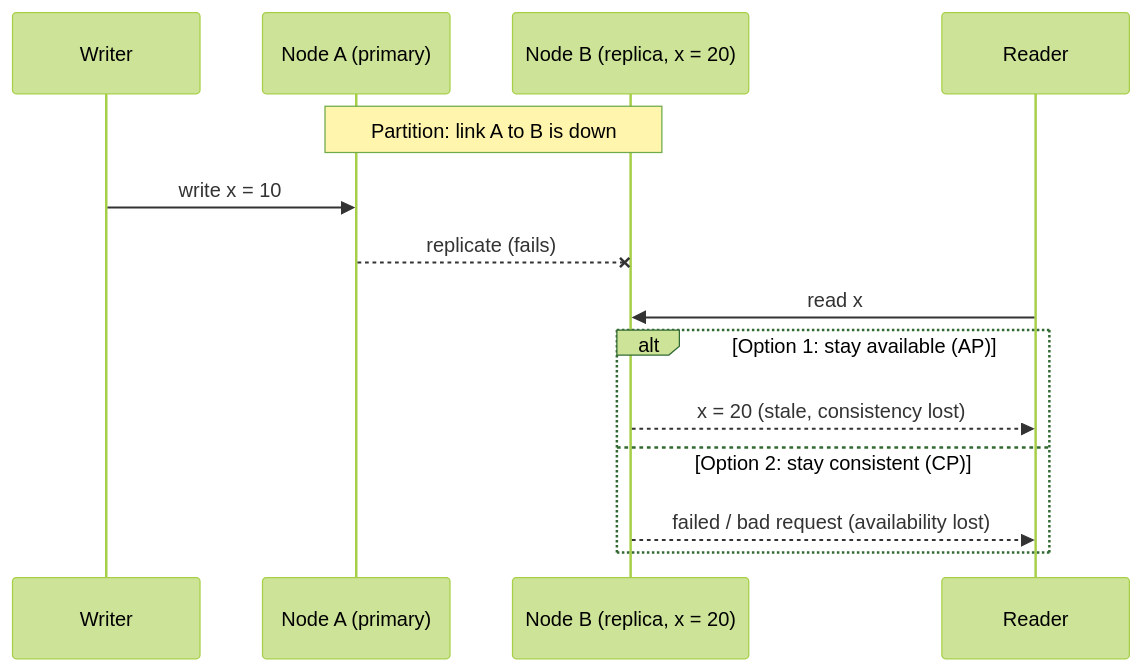
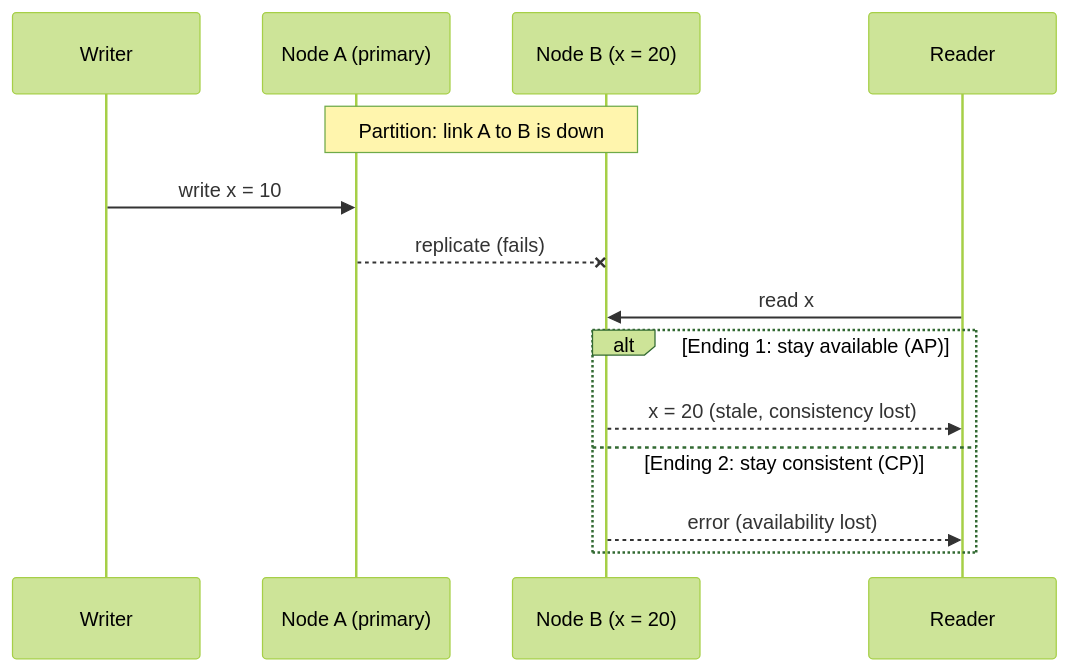
The third of 8 diagrams in dbms/20-cap-theorem.md (aaryan-pradhan/core-cs-fundamentals), drawn with Mermaid (forest theme) before and after one commit. The commit also changed other lines of this file, not shown here.

````diff
--- a/dbms/20-cap-theorem.md
+++ b/dbms/20-cap-theorem.md
@@ -44,16 +39,16 @@
-         ```mermaid
-         sequenceDiagram
-           participant W as Writer
-           participant A as Node A (primary)
-           participant B as Node B (replica, x = 20)
-           participant R as Reader
-           Note over A,B: Partition: link A to B is down
-           W->>A: write x = 10
-           A--xB: replicate (fails)
-           R->>B: read x
-           alt Option 1: stay available (AP)
-             B-->>R: x = 20 (stale, consistency lost)
-           else Option 2: stay consistent (CP)
-             B-->>R: failed / bad request (availability lost)
-           end
-         ```
+```mermaid
+sequenceDiagram
+  participant W as Writer
+  participant A as Node A (primary)
+  participant B as Node B (x = 20)
+  participant R as Reader
+  Note over A,B: Partition: link A to B is down
+  W->>A: write x = 10
+  A--xB: replicate (fails)
+  R->>B: read x
+  alt Ending 1: stay available (AP)
+    B-->>R: x = 20 (stale, consistency lost)
+  else Ending 2: stay consistent (CP)
+    B-->>R: error (availability lost)
+  end
+```
````
